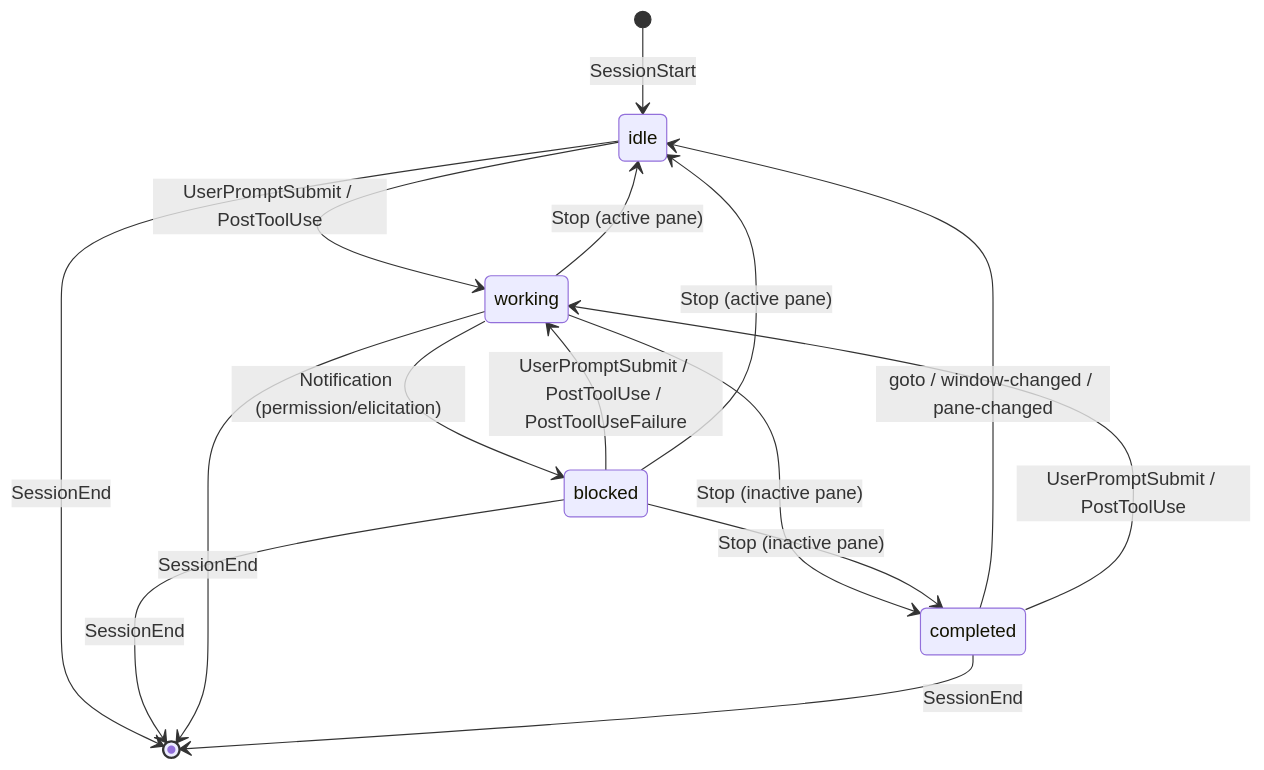
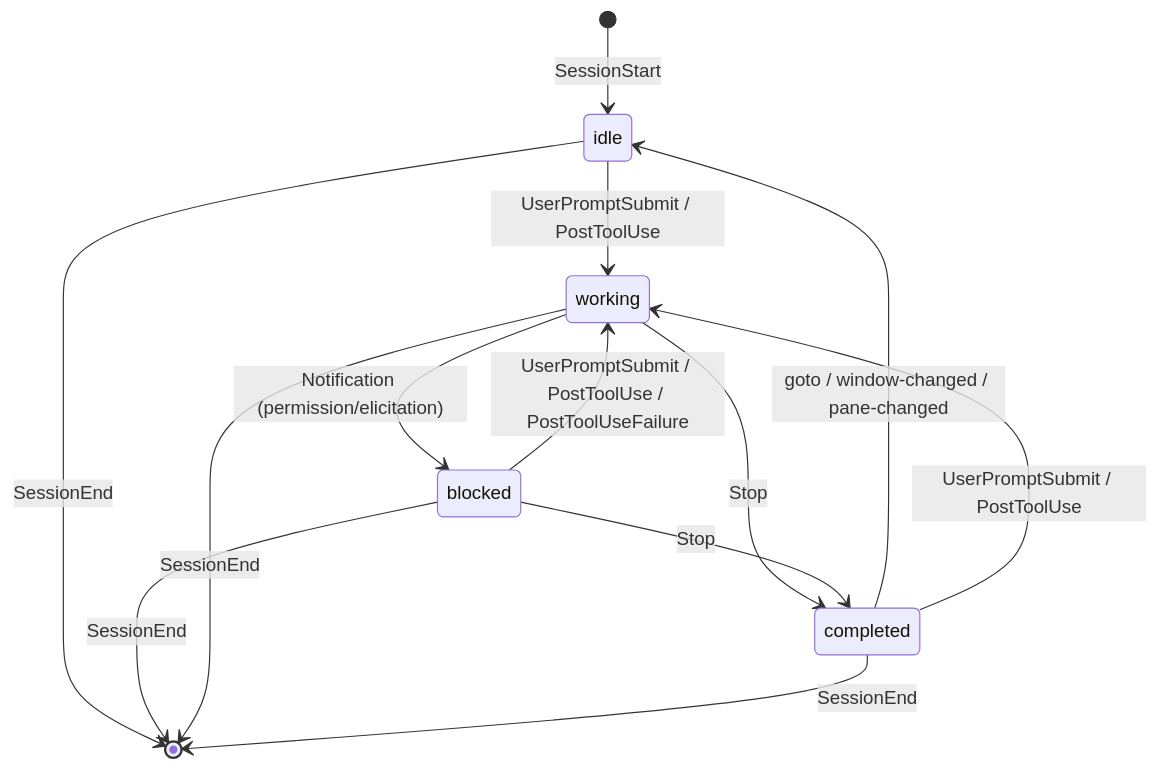
Before and after one commit to KakkoiDev/tmux-claude-agent-tracker: the second of 2 diagrams in ARCHITECTURE.md, drawn with Mermaid. The commit also changed other lines of this file and 3 other files, not shown here.

First line of the commit message:
Revert Stop active-pane detection — always set completed

````diff
--- a/ARCHITECTURE.md
+++ b/ARCHITECTURE.md
@@ -41,21 +41,19 @@
 ```mermaid
 stateDiagram-v2
     [*] --> idle : SessionStart
 
     idle --> working : UserPromptSubmit / PostToolUse
-    working --> completed : Stop (inactive pane)
-    working --> idle : Stop (active pane)
+    working --> completed : Stop
     working --> blocked : Notification (permission/elicitation)
 
     blocked --> working : UserPromptSubmit / PostToolUse / PostToolUseFailure
-    blocked --> completed : Stop (inactive pane)
-    blocked --> idle : Stop (active pane)
+    blocked --> completed : Stop
 
     completed --> idle : goto / window-changed / pane-changed
     completed --> working : UserPromptSubmit / PostToolUse
 
     idle --> [*] : SessionEnd
     blocked --> [*] : SessionEnd
     working --> [*] : SessionEnd
     completed --> [*] : SessionEnd
 ```
````
